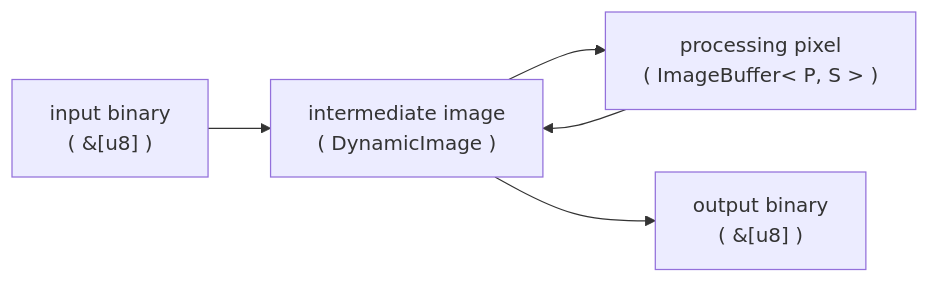
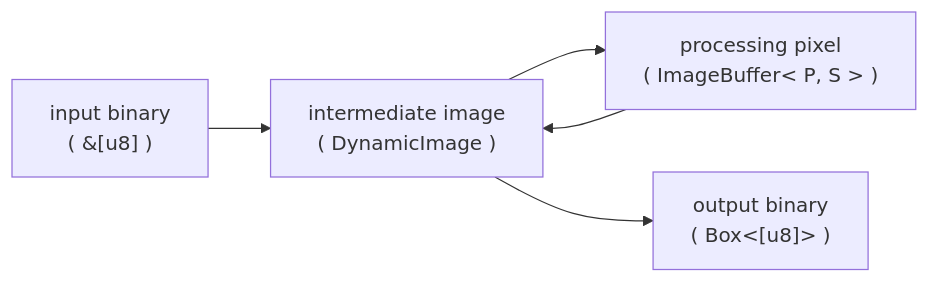
Before and after one commit to denoland/deno: the diagram in ext/canvas/README.md, drawn with Mermaid.

````diff
--- a/ext/canvas/README.md
+++ b/ext/canvas/README.md
@@ -7,10 +7,10 @@
 ```mermaid
 flowchart LR
   Input["input binary<br/>( &[u8] )"]
   II["intermediate image<br/>( DynamicImage )"]
   Ops["processing pixel<br/>( ImageBuffer< P, S > )"]
-  Output["output binary<br/>( &[u8] )"]
+  Output["output binary<br/>( Box<[u8]> )"]
   Input --> II
   II --> Ops --> II
   II --> Output
 ```
````
